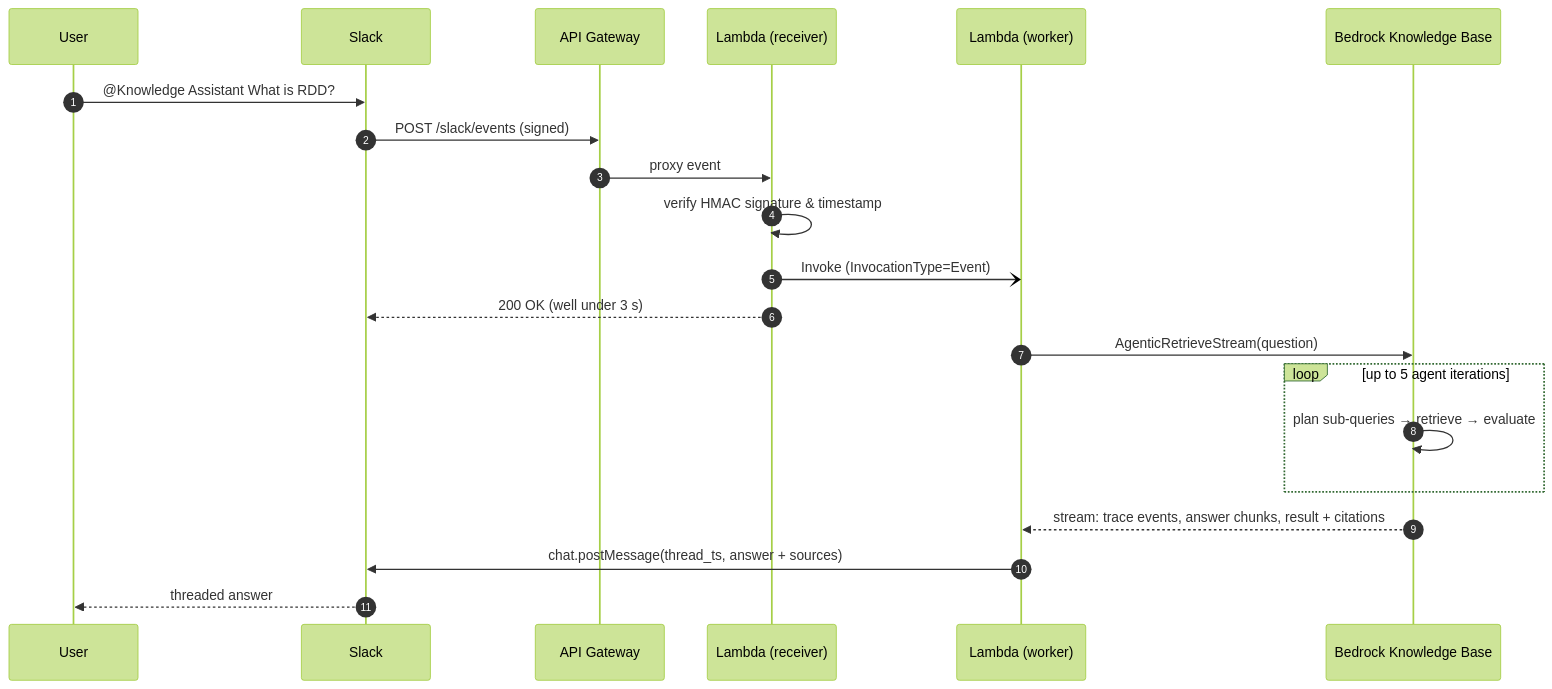
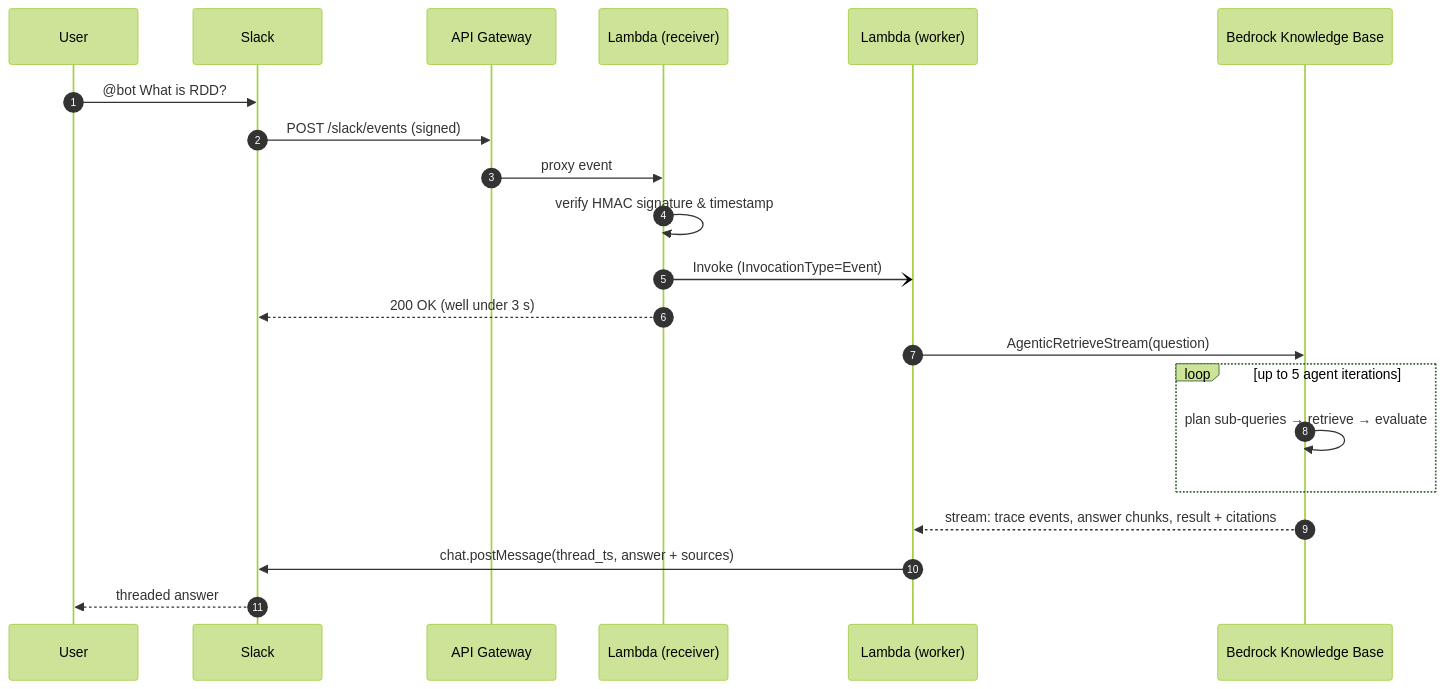
One commit to Hadi2468/bedrock-agentic-rag-slack-bot changed the second of 2 diagrams in README.md. Above: the diagram before and after it, drawn with Mermaid (forest theme). The commit also changed other lines of this file, not shown here.

````diff
--- a/README.md
+++ b/README.md
@@ -65,24 +75,24 @@
 ```mermaid
 sequenceDiagram
     autonumber
     participant User
     participant Slack
     participant APIGW as API Gateway
     participant Receiver as Lambda (receiver)
     participant Worker as Lambda (worker)
     participant KB as Bedrock Knowledge Base
 
-    User->>Slack: @Knowledge Assistant What is RDD?
+    User->>Slack: @bot What is RDD?
     Slack->>APIGW: POST /slack/events (signed)
     APIGW->>Receiver: proxy event
     Receiver->>Receiver: verify HMAC signature & timestamp
     Receiver-)Worker: Invoke (InvocationType=Event)
     Receiver-->>Slack: 200 OK (well under 3 s)
     Worker->>KB: AgenticRetrieveStream(question)
     loop up to 5 agent iterations
         KB->>KB: plan sub-queries → retrieve → evaluate
     end
     KB-->>Worker: stream: trace events, answer chunks, result + citations
     Worker->>Slack: chat.postMessage(thread_ts, answer + sources)
     Slack-->>User: threaded answer
 ```
````
